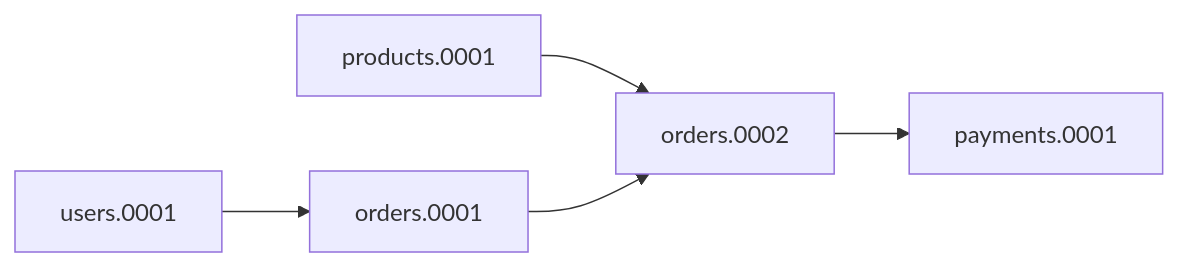
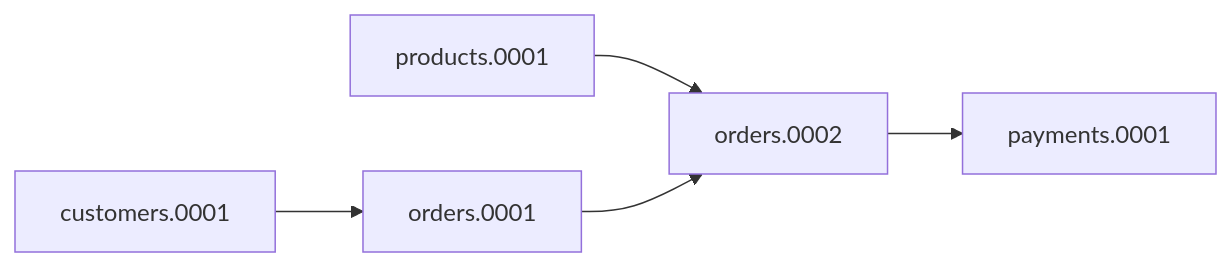
The fourth of 10 diagrams in src/content/django/migrations.md (AvadhBhalodiya/Interview-Preparation), drawn with Mermaid before and after one commit. The commit also changed other lines of this file and 80 other files, not shown here.

````diff
--- a/src/content/django/migrations.md
+++ b/src/content/django/migrations.md
@@ -379,7 +324,7 @@
 ```mermaid
 flowchart LR
-    A["users.0001"] --> B["orders.0001"]
+    A["customers.0001"] --> B["orders.0001"]
     C["products.0001"] --> D["orders.0002"]
     B --> D
     D --> E["payments.0001"]
 ```
````
